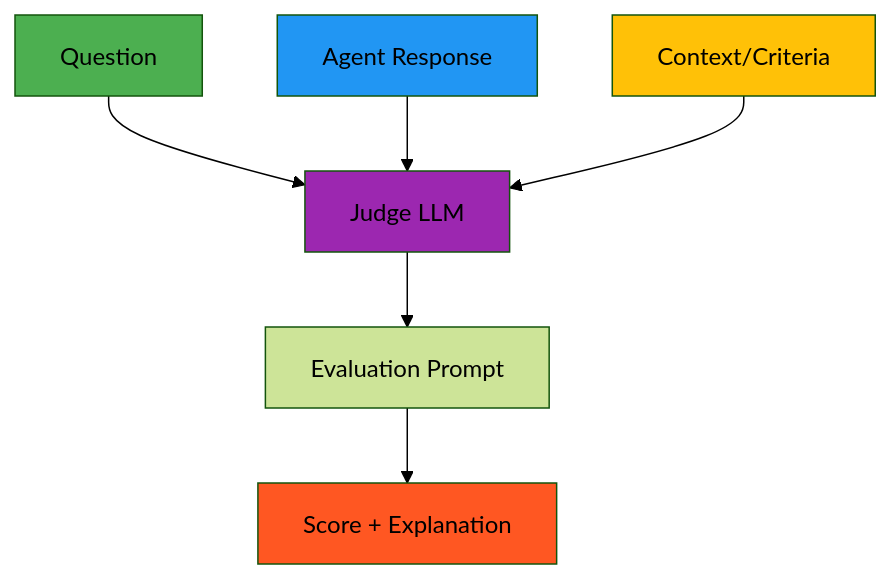
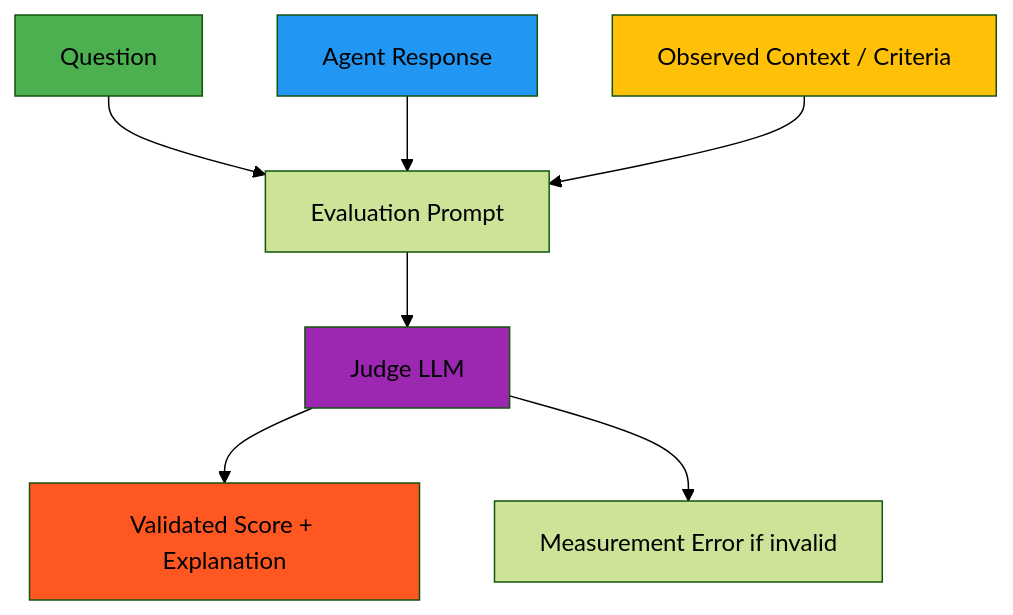
One commit to brevdev/workshop-build-an-agent changed the diagram in .devx/3-agent-evaluation/img/llm_as_judge.mmd. Above: the diagram before and after it, drawn with Mermaid (forest theme). The commit also changed other lines of this file and 327 other files, not shown here.

```diff
--- a/.devx/3-agent-evaluation/img/llm_as_judge.mmd
+++ b/.devx/3-agent-evaluation/img/llm_as_judge.mmd
@@ -1,12 +1,12 @@
 graph TB
-    A[Question] --> D[Judge LLM]
-    B[Agent Response] --> D
-    C[Context/Criteria] --> D
-    D --> E[Evaluation Prompt]
-    E --> F[Score + Explanation]
-    
+    A[Question] --> E[Evaluation Prompt]
+    B[Agent Response] --> E
+    C[Observed Context / Criteria] --> E
+    E --> D[Judge LLM]
+    D --> F[Validated Score + Explanation]
+    D --> G[Measurement Error if invalid]
     style A fill:#4CAF50
     style B fill:#2196F3
     style C fill:#FFC107
     style D fill:#9C27B0
     style F fill:#FF5722
```
